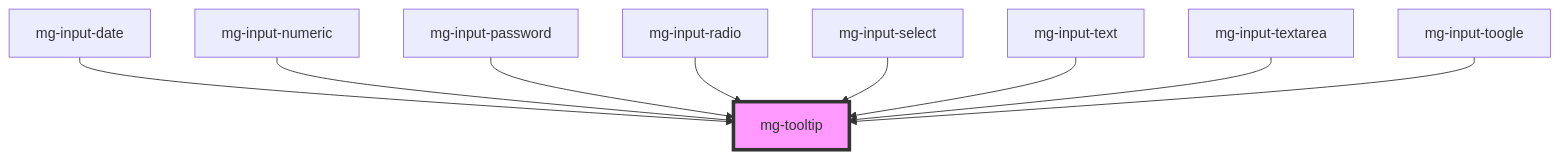
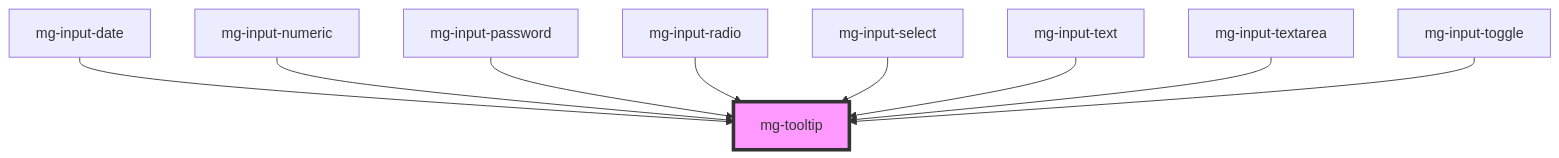
One commit to MGDIS/mg-components changed the diagram in src/components/atoms/mg-tooltip/readme.md. Above: the diagram before and after it, drawn with Mermaid. The commit also changed other lines of this file and 49 other files, not shown here.

First line of the commit message:
feat(mgToogle): add mg-input-toggle states style

````diff
--- a/src/components/atoms/mg-tooltip/readme.md
+++ b/src/components/atoms/mg-tooltip/readme.md
@@ -30,12 +30,12 @@
 ```mermaid
 graph TD;
   mg-input-date --> mg-tooltip
   mg-input-numeric --> mg-tooltip
   mg-input-password --> mg-tooltip
   mg-input-radio --> mg-tooltip
   mg-input-select --> mg-tooltip
   mg-input-text --> mg-tooltip
   mg-input-textarea --> mg-tooltip
-  mg-input-toogle --> mg-tooltip
+  mg-input-toggle --> mg-tooltip
   style mg-tooltip fill:#f9f,stroke:#333,stroke-width:4px
 ```
````
